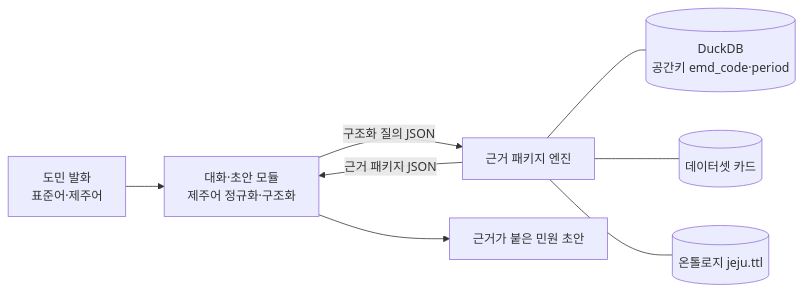
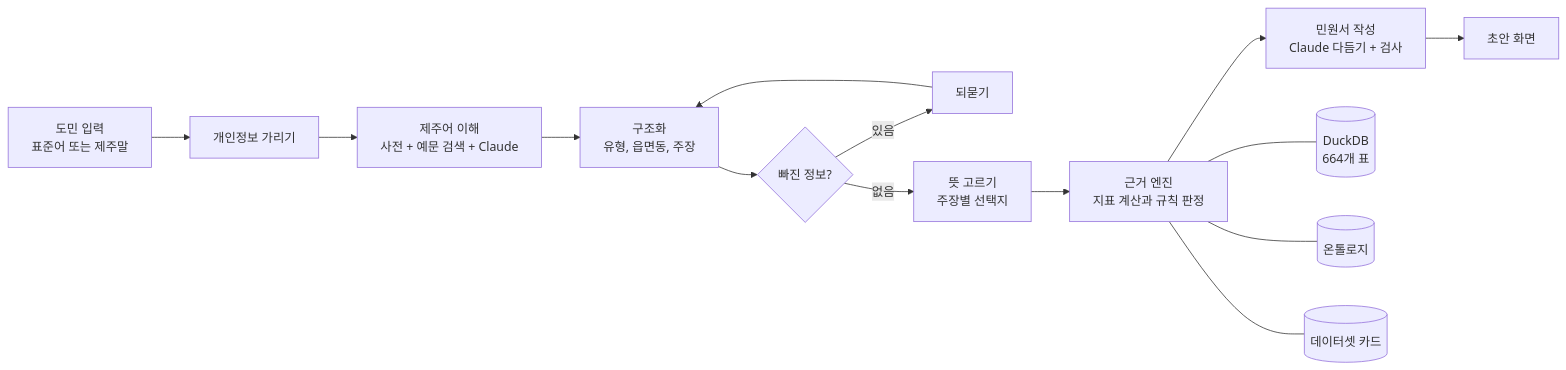
The diagram in README.md (nuexrim/Jeju-Public-Complaint-Draft-Assistance-Agent), drawn with Mermaid before and after one commit. The commit also changed other lines of this file and 10 other files, not shown here.

````diff
--- a/README.md
+++ b/README.md
@@ -51,10 +90,16 @@
 ```mermaid
 flowchart LR
-    U[도민 발화<br/>표준어·제주어] --> A[대화·초안 모듈<br/>제주어 정규화·구조화]
-    A -- 구조화 질의 JSON --> B[근거 패키지 엔진]
-    B -- 근거 패키지 JSON --> A
-    A --> D[근거가 붙은 민원 초안]
-    B --- DB[(DuckDB<br/>공간키 emd_code·period)]
-    B --- C[(데이터셋 카드)]
-    B --- O[(온톨로지 jeju.ttl)]
+    U[도민 입력<br/>표준어 또는 제주말] --> M[개인정보 가리기]
+    M --> N[제주어 이해<br/>사전 + 예문 검색 + Claude]
+    N --> S[구조화<br/>유형, 읍면동, 주장]
+    S --> Q{빠진 정보?}
+    Q -- 있음 --> A[되묻기]
+    A --> S
+    Q -- 없음 --> I[뜻 고르기<br/>주장별 선택지]
+    I --> E[근거 엔진<br/>지표 계산과 규칙 판정]
+    E --> D[민원서 작성<br/>Claude 다듬기 + 검사]
+    D --> V[초안 화면]
+    E --- DB[(DuckDB<br/>664개 표)]
+    E --- O[(온톨로지)]
+    E --- C[(데이터셋 카드)]
 ```
````
